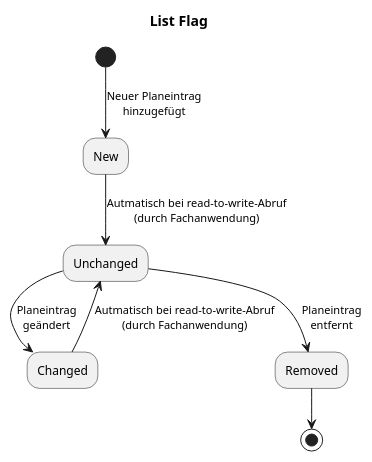
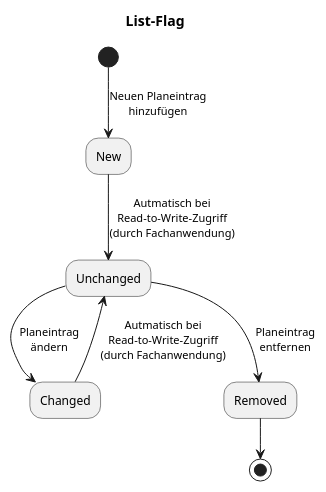
One commit to HL7Austria/ELGA-e-Medikation-R4 changed the diagram in input/images-source/stateDiagram_list_flag.plantuml. Above: the diagram before and after it, drawn with PlantUML.

Commit message:
Update diagram

```diff
--- a/input/images-source/stateDiagram_list_flag.plantuml
+++ b/input/images-source/stateDiagram_list_flag.plantuml
@@ -1,10 +1,10 @@
 @startuml
-title List Flag
+title List-Flag
 
-(*) -d-> [Neuer Planeintrag\nhinzugefügt] New
-New --> [Autmatisch bei read-to-write-Abruf\n(durch Fachanwendung)] Unchanged
-Changed --> [Autmatisch bei read-to-write-Abruf\n(durch Fachanwendung)] Unchanged
-Unchanged --> [Planeintrag\ngeändert] Changed
-Unchanged -d-> [Planeintrag\nentfernt] Removed
+(*) -d-> [Neuen Planeintrag\nhinzufügen] New
+New --> [Autmatisch bei\nRead-to-Write-Zugriff\n(durch Fachanwendung)] Unchanged
+Changed --> [Autmatisch bei\nRead-to-Write-Zugriff\n(durch Fachanwendung)] Unchanged
+Unchanged --> [Planeintrag\nändern] Changed
+Unchanged -d-> [Planeintrag\nentfernen] Removed
 Removed  -d-> (*)
 @enduml
```
